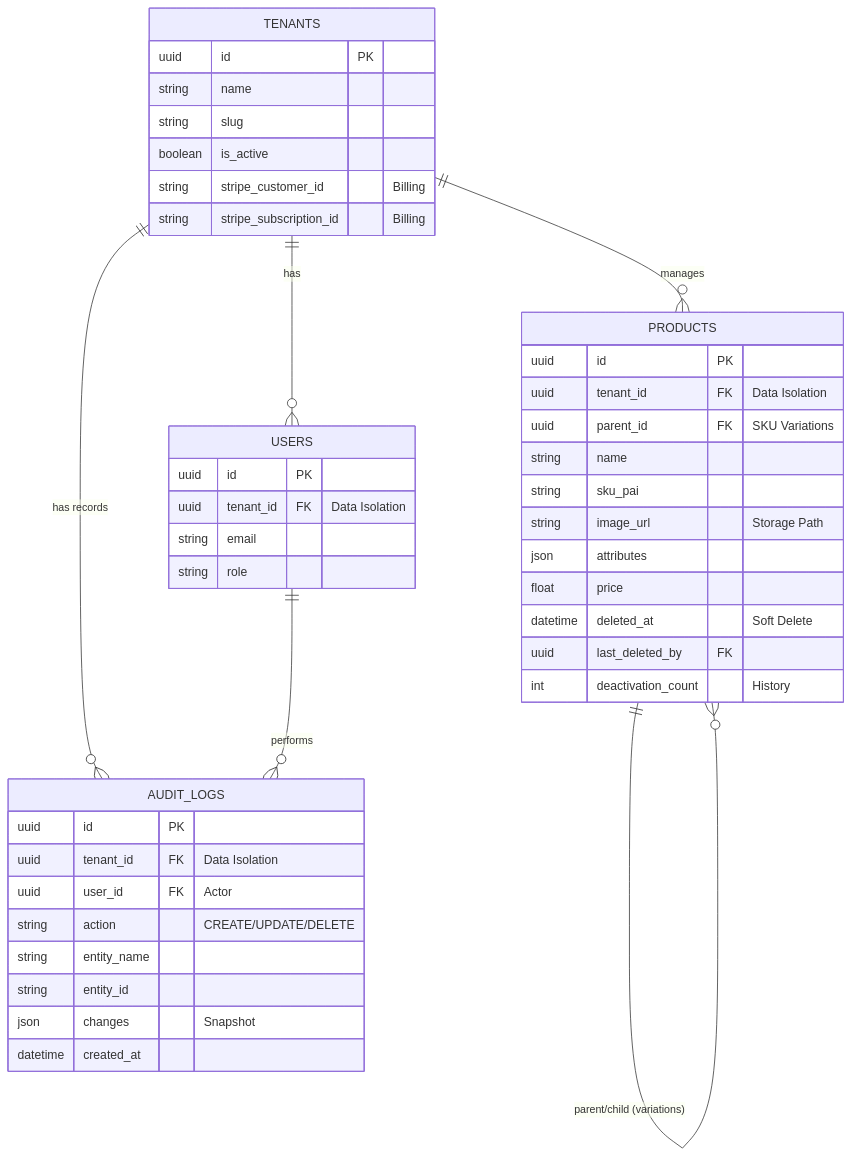
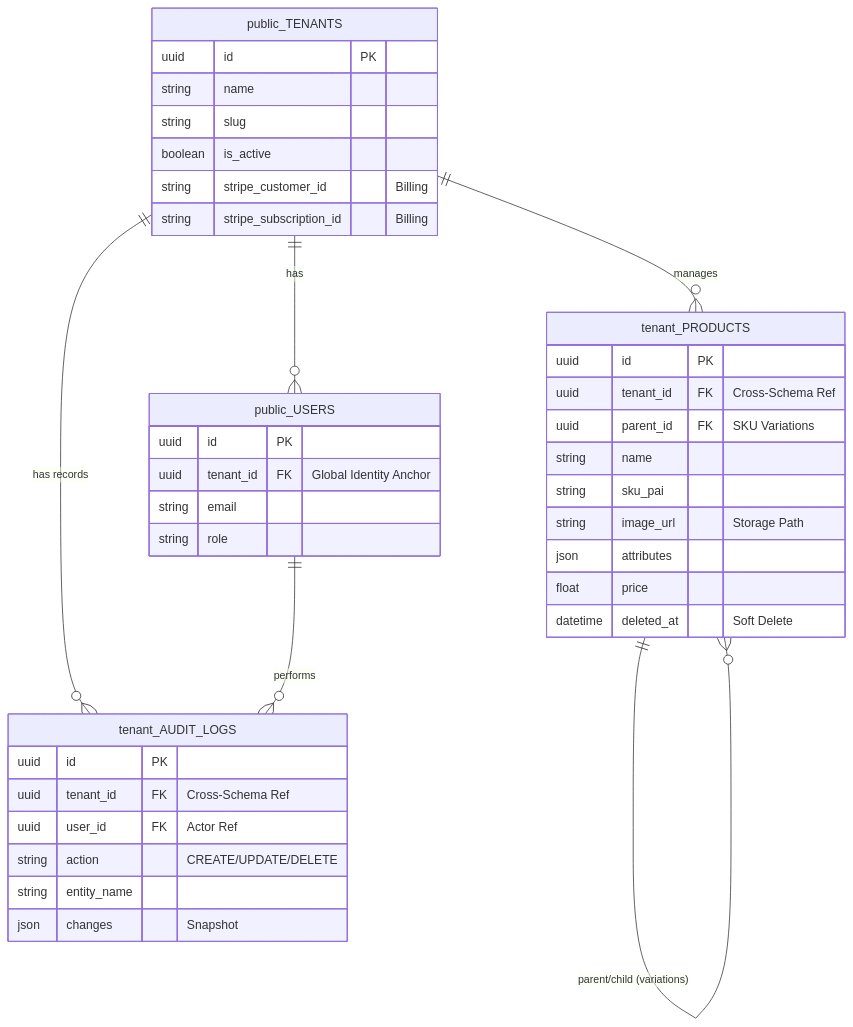
One commit to ccerks/nexcore-saas-api changed the diagram in README.md. Above: the diagram before and after it, drawn with Mermaid. The commit also changed other lines of this file and 10 other files, not shown here.

First line of the commit message:
feat(core): upgrade to enterprise multi-tenant architecture (v2.0.0-beta)

````diff
--- a/README.md
+++ b/README.md
@@ -29,49 +30,48 @@
 ```mermaid
 erDiagram
-    TENANTS ||--o{ USERS : "has"
-    TENANTS ||--o{ PRODUCTS : "manages"
-    TENANTS ||--o{ AUDIT_LOGS : "has records"
-    USERS ||--o{ AUDIT_LOGS : "performs"
-    PRODUCTS ||--o{ PRODUCTS : "parent/child (variations)"
+    %% GLOBAL MAP (public schema)
+    public_TENANTS ||--o{ public_USERS : "has"
+    
+    %% ISOLATED ZONES (tenant_* schemas)
+    public_TENANTS ||--o{ tenant_PRODUCTS : "manages"
+    public_TENANTS ||--o{ tenant_AUDIT_LOGS : "has records"
+    public_USERS ||--o{ tenant_AUDIT_LOGS : "performs"
+    tenant_PRODUCTS ||--o{ tenant_PRODUCTS : "parent/child (variations)"
 
-    TENANTS {
+    public_TENANTS {
         uuid id PK
         string name
         string slug
         boolean is_active
         string stripe_customer_id "Billing"
         string stripe_subscription_id "Billing"
     }
 
-    USERS {
+    public_USERS {
         uuid id PK
-        uuid tenant_id FK "Data Isolation"
+        uuid tenant_id FK "Global Identity Anchor"
         string email
         string role
     }
 
-    PRODUCTS {
+    tenant_PRODUCTS {
         uuid id PK
-        uuid tenant_id FK "Data Isolation"
+        uuid tenant_id FK "Cross-Schema Ref"
         uuid parent_id FK "SKU Variations"
         string name
         string sku_pai
         string image_url "Storage Path"
         json attributes
         float price
         datetime deleted_at "Soft Delete"
-        uuid last_deleted_by FK
-        int deactivation_count "History"
     }
 
-    AUDIT_LOGS {
+    tenant_AUDIT_LOGS {
         uuid id PK
-        uuid tenant_id FK "Data Isolation"
-        uuid user_id FK "Actor"
+        uuid tenant_id FK "Cross-Schema Ref"
+        uuid user_id FK "Actor Ref"
         string action "CREATE/UPDATE/DELETE"
         string entity_name
-        string entity_id
         json changes "Snapshot"
-        datetime created_at
     }
 ```
````
